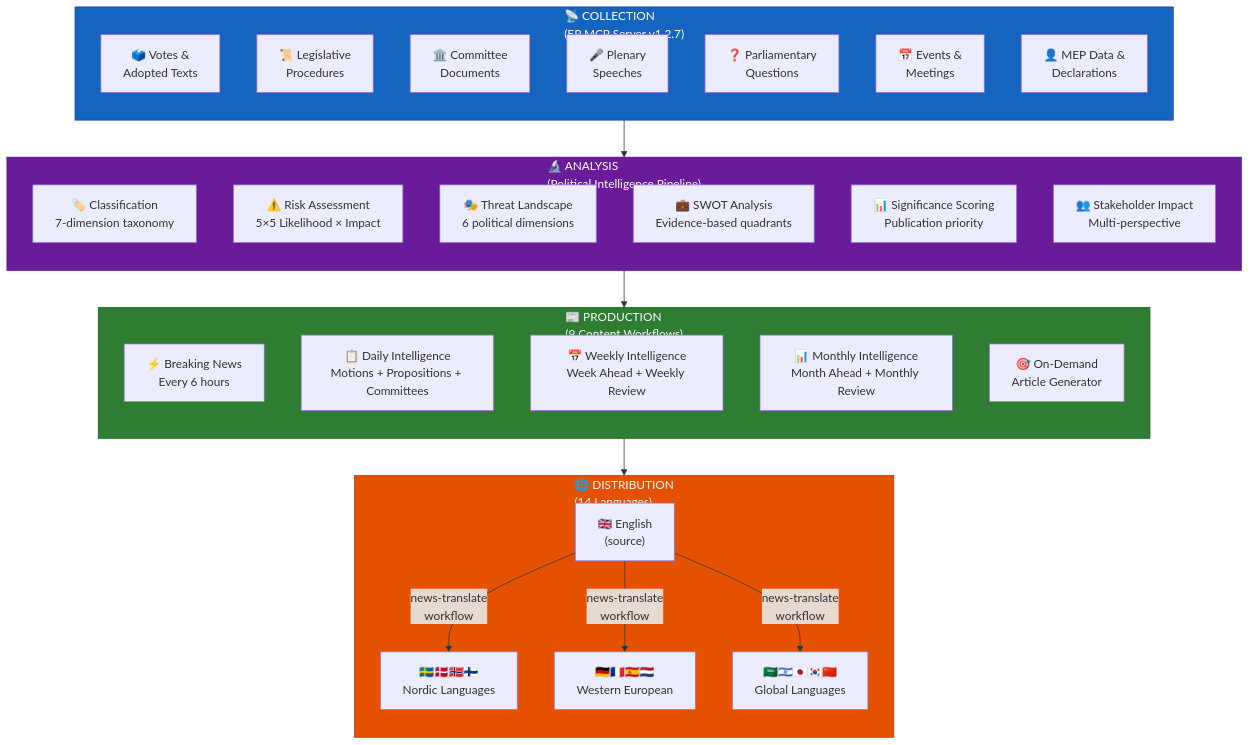
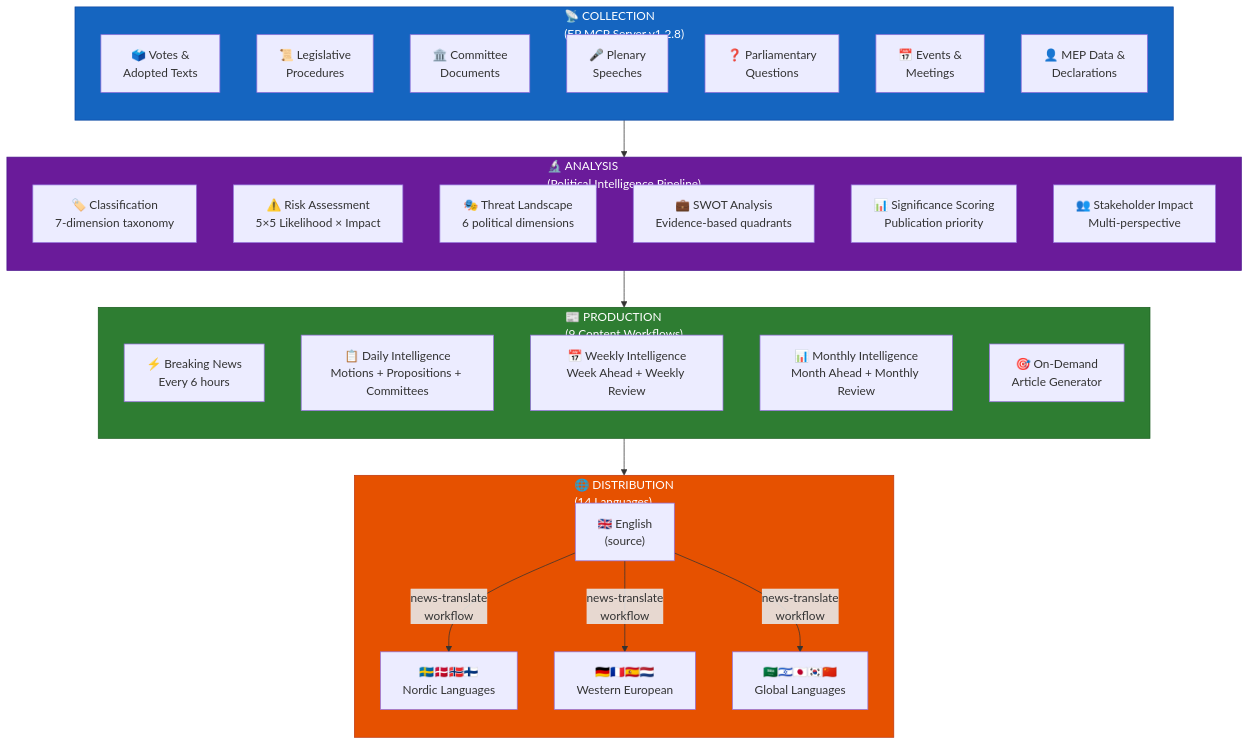
Diagram 18 of 21 in WORKFLOWS.md (Hack23/euparliamentmonitor), drawn with Mermaid before and after one commit. The commit also changed other lines of this file and 32 other files, not shown here.

First line of the commit message:
chore: bump EP MCP server 1.2.7→1.2.8, remove unsupported params, fix workflows and docs

````diff
--- a/WORKFLOWS.md
+++ b/WORKFLOWS.md
@@ -1625,48 +1625,48 @@
 ```mermaid
 flowchart TD
-    subgraph Collection["📡 COLLECTION<br/>(EP MCP Server v1.2.7)"]
+    subgraph Collection["📡 COLLECTION<br/>(EP MCP Server v1.2.8)"]
         direction TB
         C1["🗳️ Votes &<br/>Adopted Texts"]
         C2["📜 Legislative<br/>Procedures"]
         C3["🏛️ Committee<br/>Documents"]
         C4["🎤 Plenary<br/>Speeches"]
         C5["❓ Parliamentary<br/>Questions"]
         C6["📅 Events &<br/>Meetings"]
         C7["👤 MEP Data &<br/>Declarations"]
     end
 
     subgraph Analysis["🔬 ANALYSIS<br/>(Political Intelligence Pipeline)"]
         direction TB
         A1["🏷️ Classification<br/>7-dimension taxonomy"]
         A2["⚠️ Risk Assessment<br/>5×5 Likelihood × Impact"]
         A3["🎭 Threat Landscape<br/>6 political dimensions"]
         A4["💼 SWOT Analysis<br/>Evidence-based quadrants"]
         A5["📊 Significance Scoring<br/>Publication priority"]
         A6["👥 Stakeholder Impact<br/>Multi-perspective"]
     end
 
     subgraph Production["📰 PRODUCTION<br/>(9 Content Workflows)"]
         direction TB
         P1["⚡ Breaking News<br/>Every 6 hours"]
         P2["📋 Daily Intelligence<br/>Motions + Propositions + Committees"]
         P3["📅 Weekly Intelligence<br/>Week Ahead + Weekly Review"]
         P4["📊 Monthly Intelligence<br/>Month Ahead + Monthly Review"]
         P5["🎯 On-Demand<br/>Article Generator"]
     end
 
     subgraph Distribution["🌐 DISTRIBUTION<br/>(14 Languages)"]
         direction TB
         D1["🇬🇧 English<br/>(source)"]
         D2["🇸🇪🇩🇰🇳🇴🇫🇮<br/>Nordic Languages"]
         D3["🇩🇪🇫🇷🇪🇸🇳🇱<br/>Western European"]
         D4["🇸🇦🇮🇱🇯🇵🇰🇷🇨🇳<br/>Global Languages"]
     end
 
     Collection --> Analysis --> Production --> D1
     D1 --> |"news-translate<br/>workflow"| D2 & D3 & D4
 
     style Collection fill:#1565C0,stroke:#0D47A1,color:#FFFFFF
     style Analysis fill:#6A1B9A,stroke:#4A148C,color:#FFFFFF
     style Production fill:#2E7D32,stroke:#1B5E20,color:#FFFFFF
     style Distribution fill:#E65100,stroke:#BF360C,color:#FFFFFF
 ```
````
